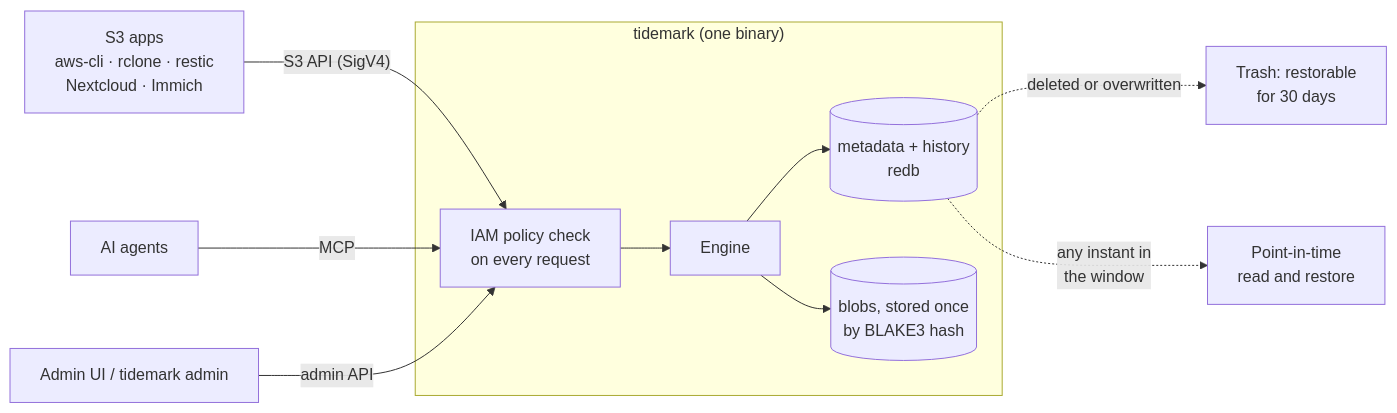
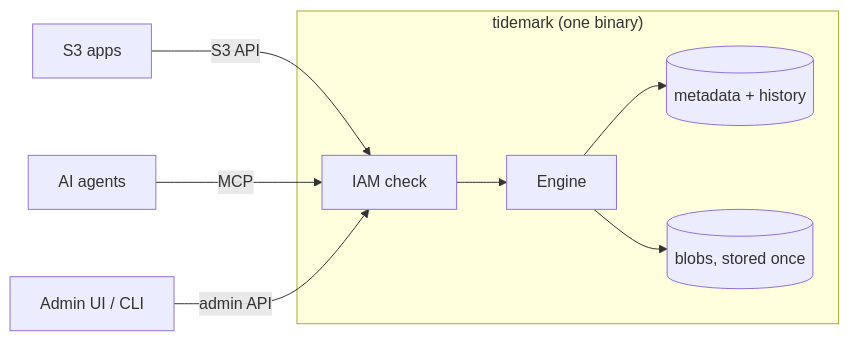
Before and after one commit to solutionforest/cairn: the diagram in README.md, drawn with Mermaid. The commit also changed other lines of this file and 10 other files, not shown here.

````diff
--- a/README.md
+++ b/README.md
@@ -99,13 +81,11 @@
 ```mermaid
 flowchart LR
-    apps["S3 apps<br/>aws-cli · rclone · restic<br/>Nextcloud · Immich"] -->|"S3 API (SigV4)"| api
+    apps["S3 apps"] -->|S3 API| api
     agents["AI agents"] -->|MCP| api
-    ui["Admin UI / tidemark admin"] -->|admin API| api
+    ui["Admin UI / CLI"] -->|admin API| api
     subgraph tidemark["tidemark (one binary)"]
-        api["IAM policy check<br/>on every request"] --> engine["Engine"]
-        engine --> meta[("metadata + history<br/>redb")]
-        engine --> blobs[("blobs, stored once<br/>by BLAKE3 hash")]
+        api["IAM check"] --> engine["Engine"]
+        engine --> meta[("metadata + history")]
+        engine --> blobs[("blobs, stored once")]
     end
-    meta -.->|"deleted or overwritten"| trash["Trash: restorable<br/>for 30 days"]
-    meta -.->|"any instant in<br/>the window"| pitr["Point-in-time<br/>read and restore"]
 ```
````
